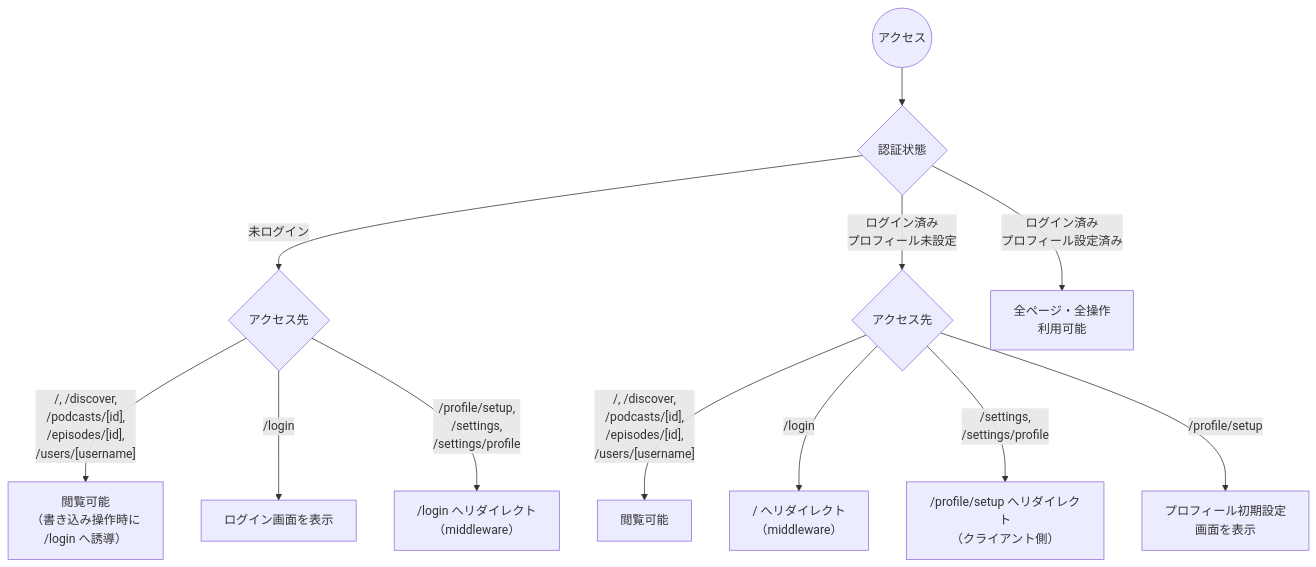
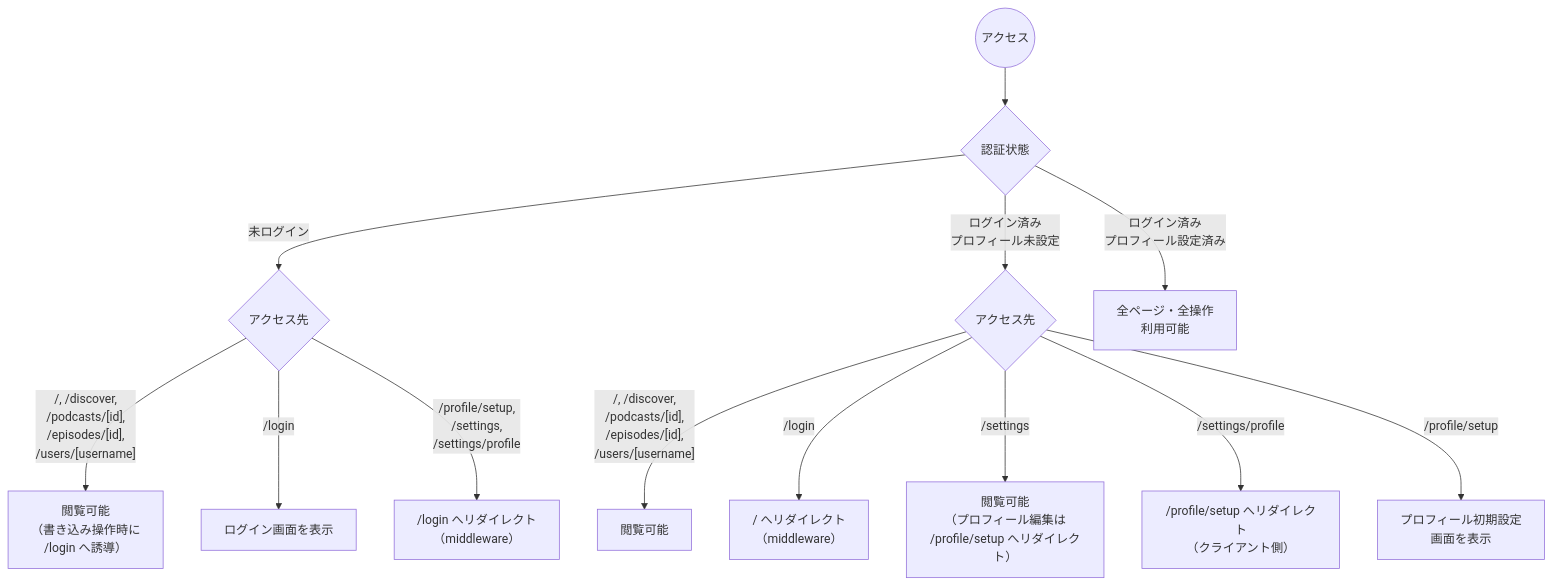
Before and after one commit to Koseeee-27/podlog: the second of 3 diagrams in frontend/docs/screens.md, drawn with Mermaid. The commit also changed other lines of this file, not shown here.

First line of the commit message:
fix: 画面遷移図を実装に合わせて修正

````diff
--- a/frontend/docs/screens.md
+++ b/frontend/docs/screens.md
@@ -146,19 +145,20 @@
 ```mermaid
 flowchart TD
     START((アクセス)) --> CHECK{認証状態}
 
     CHECK -- "未ログイン" --> PUBLIC_CHECK{アクセス先}
     CHECK -- "ログイン済み<br>プロフィール未設定" --> NOPROFILE_CHECK{アクセス先}
     CHECK -- "ログイン済み<br>プロフィール設定済み" --> FULL_ACCESS["全ページ・全操作<br>利用可能"]
 
     %% 未ログイン
     PUBLIC_CHECK -- "/, /discover,<br>/podcasts/[id],<br>/episodes/[id],<br>/users/[username]" --> VIEW_ONLY["閲覧可能<br>（書き込み操作時に<br>/login へ誘導）"]
     PUBLIC_CHECK -- "/login" --> LOGIN_PAGE["ログイン画面を表示"]
     PUBLIC_CHECK -- "/profile/setup,<br>/settings,<br>/settings/profile" --> REDIRECT_LOGIN["/login へリダイレクト<br>（middleware）"]
 
     %% ログイン済み・プロフィール未設定
     NOPROFILE_CHECK -- "/, /discover,<br>/podcasts/[id],<br>/episodes/[id],<br>/users/[username]" --> VIEW_OK["閲覧可能"]
-    NOPROFILE_CHECK -- "/login" --> REDIRECT_HOME_MW["/  へリダイレクト<br>（middleware）"]
-    NOPROFILE_CHECK -- "/settings,<br>/settings/profile" --> REDIRECT_SETUP_CLIENT["/profile/setup へリダイレクト<br>（クライアント側）"]
+    NOPROFILE_CHECK -- "/login" --> REDIRECT_HOME_MW["/ へリダイレクト<br>（middleware）"]
+    NOPROFILE_CHECK -- "/settings" --> VIEW_SETTINGS["閲覧可能<br>（プロフィール編集は<br>/profile/setup へリダイレクト）"]
+    NOPROFILE_CHECK -- "/settings/profile" --> REDIRECT_SETUP_CLIENT["/profile/setup へリダイレクト<br>（クライアント側）"]
     NOPROFILE_CHECK -- "/profile/setup" --> SETUP_PAGE["プロフィール初期設定<br>画面を表示"]
 ```
````
